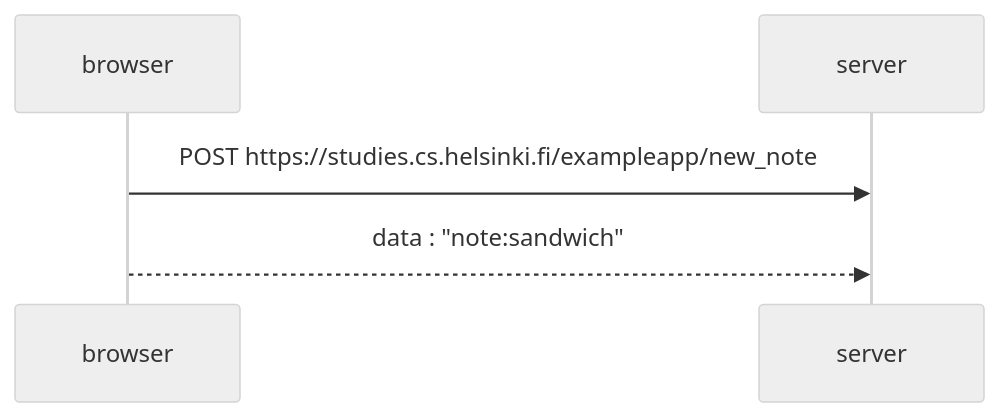
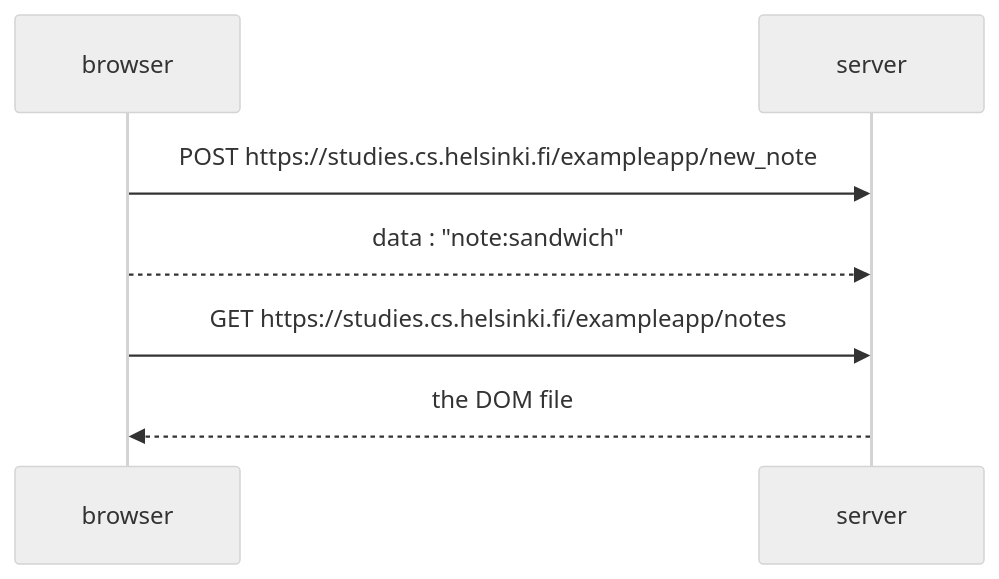
The diagram in part0/0_4_New_note_diagram.md (wdreset/fullstackopen_ex), drawn with Mermaid (neutral theme) before and after one commit.

````diff
--- a/part0/0_4_New_note_diagram.md
+++ b/part0/0_4_New_note_diagram.md
@@ -3,9 +3,12 @@
 ```mermaid
 sequenceDiagram
     participant browser
     participant server
     
     browser->>server: POST https://studies.cs.helsinki.fi/exampleapp/new_note
     browser-->>server: data : "note:sandwich"
+           
+    browser->>server: GET https://studies.cs.helsinki.fi/exampleapp/notes
+    server-->>browser: the DOM file
      
 ```
````
